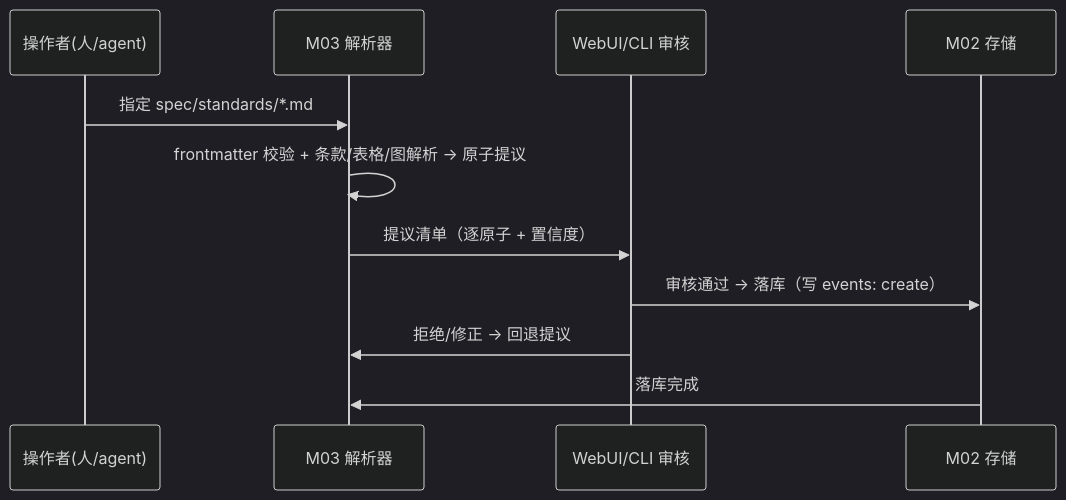
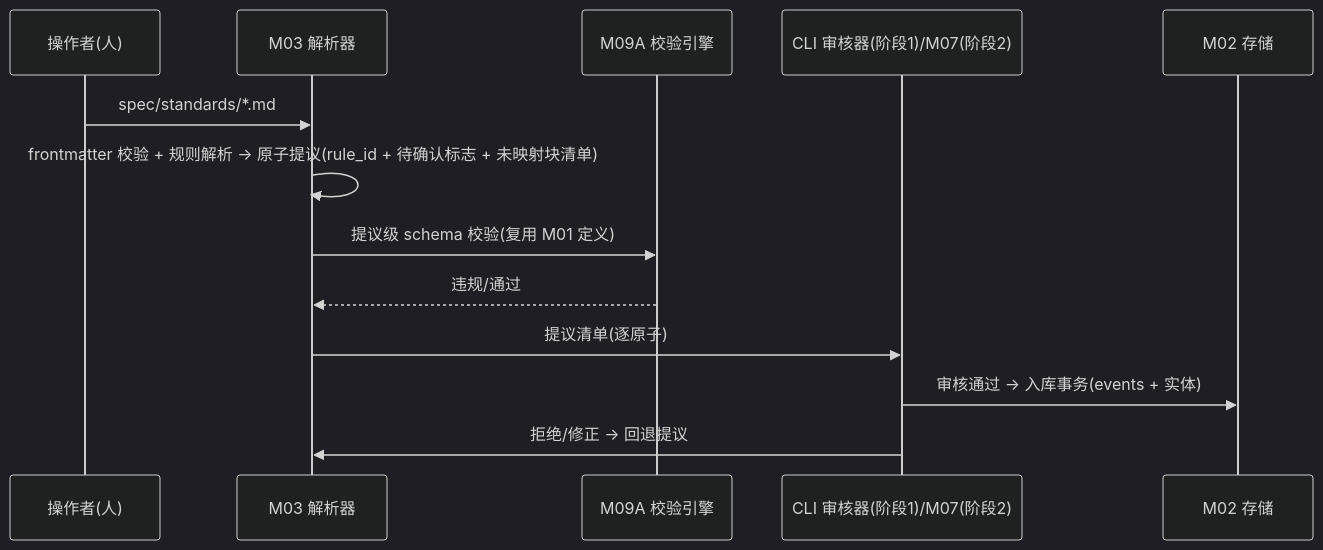
The third of 6 diagrams in spec/idea/design_doc.md (amoslee2026/AgenticDocer), drawn with Mermaid (dark theme) before and after one commit. The commit also changed other lines of this file and 2 other files, not shown here.

````diff
--- a/spec/idea/design_doc.md
+++ b/spec/idea/design_doc.md
@@ -138,13 +176,15 @@
 ```mermaid
 sequenceDiagram
-    participant U as 操作者(人/agent)
+    participant U as 操作者(人)
     participant M3 as M03 解析器
-    participant W as WebUI/CLI 审核
+    participant A9 as M09A 校验引擎
+    participant CLI as CLI 审核器(阶段1)/M07(阶段2)
     participant M2 as M02 存储
-    U->>M3: 指定 spec/standards/*.md
-    M3->>M3: frontmatter 校验 + 条款/表格/图解析 → 原子提议
-    M3->>W: 提议清单（逐原子 + 置信度）
-    W->>M2: 审核通过 → 落库（写 events: create）
-    W->>M3: 拒绝/修正 → 回退提议
-    M2->>M3: 落库完成
+    U->>M3: spec/standards/*.md
+    M3->>M3: frontmatter 校验 + 规则解析 → 原子提议(rule_id + 待确认标志 + 未映射块清单)
+    M3->>A9: 提议级 schema 校验(复用 M01 定义)
+    A9-->>M3: 违规/通过
+    M3->>CLI: 提议清单(逐原子)
+    CLI->>M2: 审核通过 → 入库事务(events + 实体)
+    CLI->>M3: 拒绝/修正 → 回退提议
 ```
````
